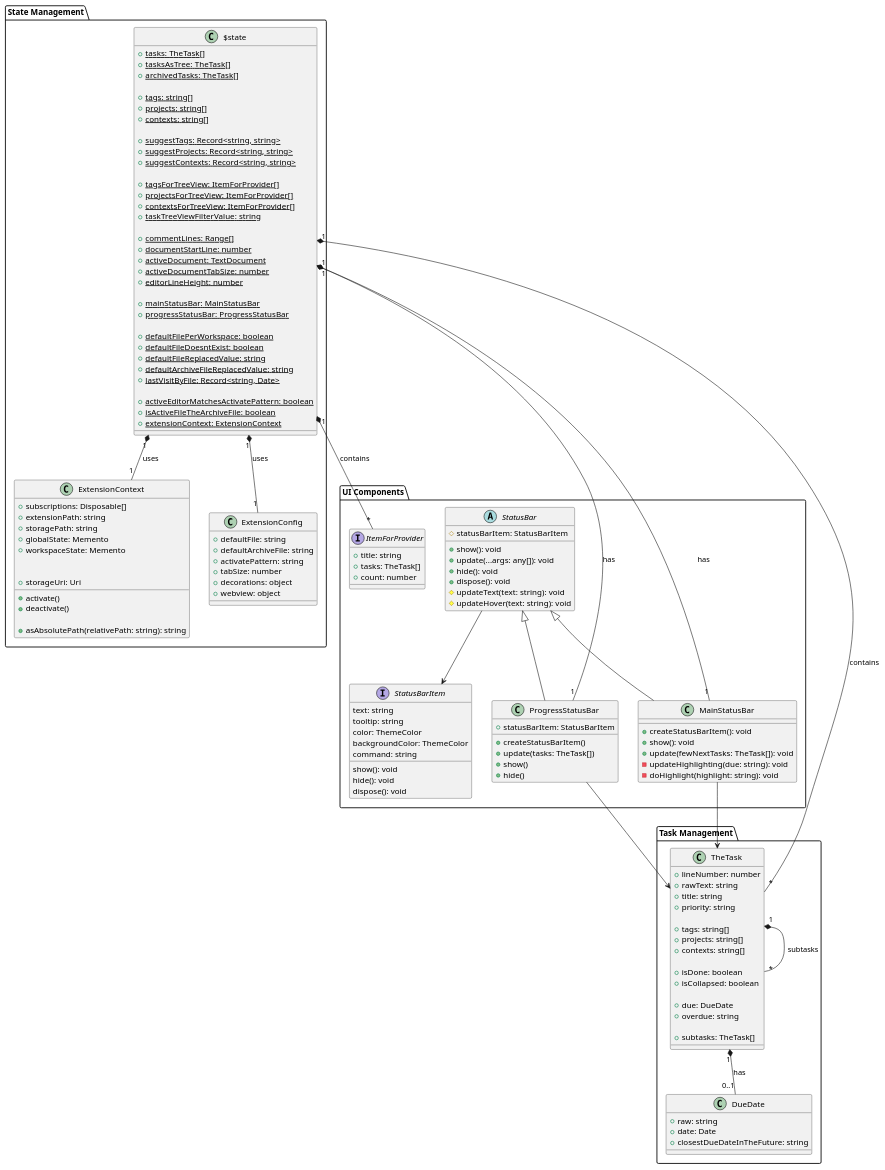
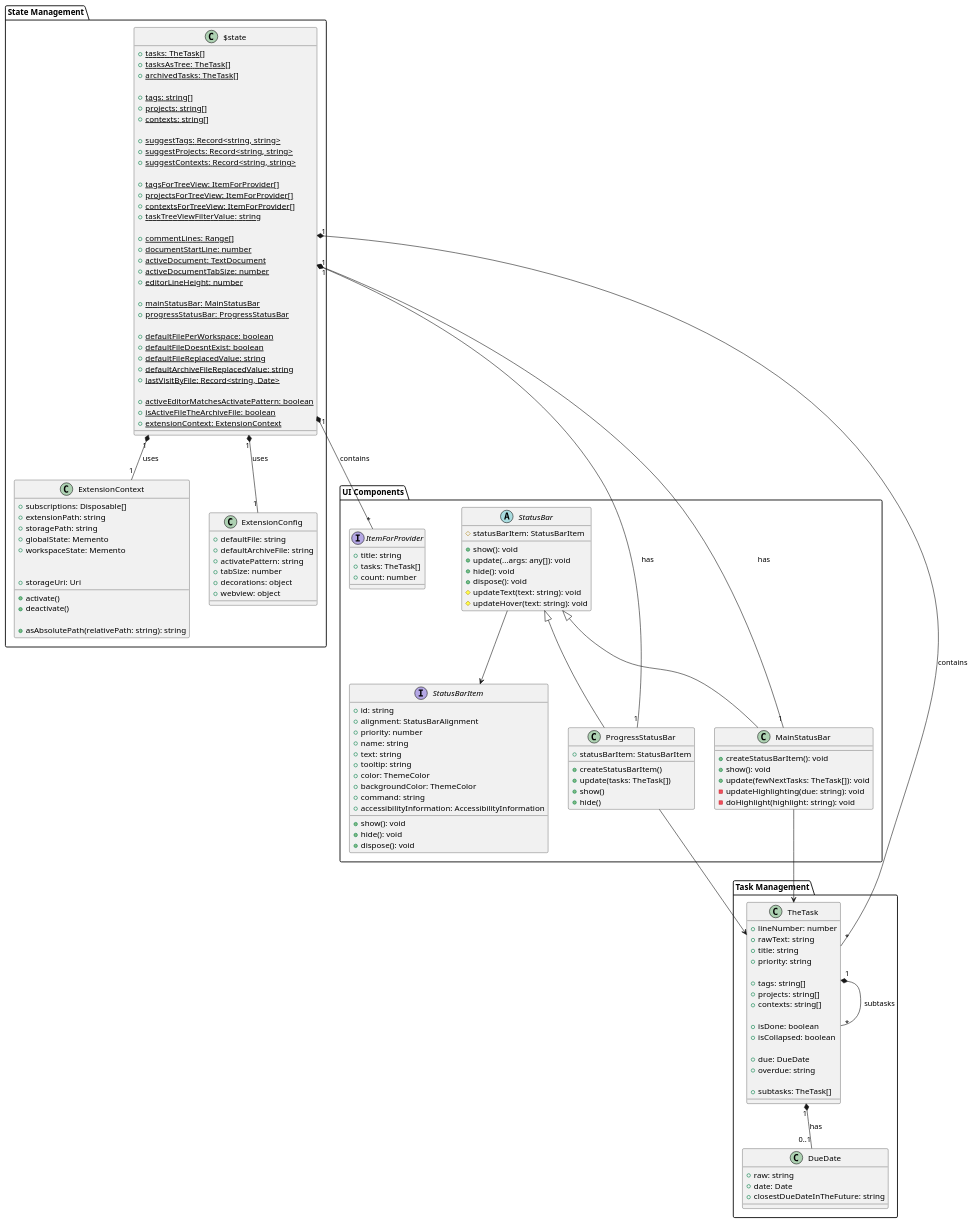
Before and after one commit to NonePro/notecraft: the diagram in docs/class-diagram.puml, drawn with PlantUML. The commit also changed 9 other files, not shown here.

```diff
--- a/docs/class-diagram.puml
+++ b/docs/class-diagram.puml
@@ -1,167 +1,172 @@
 @startuml "NoteCraft Extension Core Components"
 
 package "State Management" {
   class ExtensionContext {
     ' Core extension properties
     +subscriptions: Disposable[]
     +extensionPath: string
     +storagePath: string
     +globalState: Memento
     +workspaceState: Memento
     
     ' Extension lifecycle
     +activate()
     +deactivate()
     
     ' Resource management
     +asAbsolutePath(relativePath: string): string
     +storageUri: Uri
   }
 
   class ExtensionConfig {
     +defaultFile: string
     +defaultArchiveFile: string
     +activatePattern: string
     +tabSize: number
     +decorations: object
     +webview: object
   }
 
   class $state {
     ' Task-related state
     +{static} tasks: TheTask[]
     +{static} tasksAsTree: TheTask[]
     +{static} archivedTasks: TheTask[]
 
     ' Tag and categorization state
     +{static} tags: string[]
     +{static} projects: string[]
     +{static} contexts: string[]
 
     ' Suggestion state
     +{static} suggestTags: Record<string, string>
     +{static} suggestProjects: Record<string, string>
     +{static} suggestContexts: Record<string, string>
 
     ' Tree view state
     +{static} tagsForTreeView: ItemForProvider[]
     +{static} projectsForTreeView: ItemForProvider[]
     +{static} contextsForTreeView: ItemForProvider[]
     +{static} taskTreeViewFilterValue: string
 
     ' Document state
     +{static} commentLines: Range[]
     +{static} documentStartLine: number
     +{static} activeDocument: TextDocument
     +{static} activeDocumentTabSize: number
     +{static} editorLineHeight: number
 
     ' UI Components state
     +{static} mainStatusBar: MainStatusBar
     +{static} progressStatusBar: ProgressStatusBar
 
     ' File management state
     +{static} defaultFilePerWorkspace: boolean
     +{static} defaultFileDoesntExist: boolean
     +{static} defaultFileReplacedValue: string
     +{static} defaultArchiveFileReplacedValue: string
     +{static} lastVisitByFile: Record<string, Date>
 
     ' Application state
     +{static} activeEditorMatchesActivatePattern: boolean
     +{static} isActiveFileTheArchiveFile: boolean
     +{static} extensionContext: ExtensionContext
   }
 }
 
 package "Task Management" {
   class TheTask {
     ' Core properties
     +lineNumber: number
     +rawText: string
     +title: string
     +priority: string
 
     ' Categorization
     +tags: string[]
     +projects: string[]
     +contexts: string[]
 
     ' Task state
     +isDone: boolean
     +isCollapsed: boolean
 
     ' Time management
     +due: DueDate
     +overdue: string
 
     ' Task hierarchy
     +subtasks: TheTask[]
   }
 
   class DueDate {
     +raw: string
     +date: Date
     +closestDueDateInTheFuture: string
   }
 }
 
 package "UI Components" {
   abstract class StatusBar {
     #statusBarItem: StatusBarItem
     +show(): void
     +update(...args: any[]): void
     +hide(): void
     +dispose(): void
     #updateText(text: string): void
     #updateHover(text: string): void
   }
 
   class MainStatusBar extends StatusBar {
     +createStatusBarItem(): void
     +show(): void
     +update(fewNextTasks: TheTask[]): void
     -updateHighlighting(due: string): void
     -doHighlight(highlight: string): void
   }
 
   class ProgressStatusBar extends StatusBar {
     +statusBarItem: StatusBarItem
     +createStatusBarItem()
     +update(tasks: TheTask[])
     +show()
     +hide()
   }
 
   interface ItemForProvider {
     +title: string
     +tasks: TheTask[]
     +count: number
   }
 
   interface StatusBarItem {
-    text: string
-    tooltip: string
-    color: ThemeColor
-    backgroundColor: ThemeColor
-    command: string
-    show(): void
-    hide(): void
-    dispose(): void
+    +id: string
+    +alignment: StatusBarAlignment
+    +priority: number
+    +name: string
+    +text: string
+    +tooltip: string
+    +color: ThemeColor
+    +backgroundColor: ThemeColor
+    +command: string
+    +accessibilityInformation: AccessibilityInformation
+    +show(): void
+    +hide(): void
+    +dispose(): void
   }
 }
 
 ' Relationships
 $state "1" *-- "*" TheTask : contains
 TheTask "1" *-- "*" TheTask : subtasks
 TheTask "1" *-- "0..1" DueDate : has
 $state "1" *-- "1" MainStatusBar : has
 $state "1" *-- "1" ProgressStatusBar : has
 $state "1" *-- "1" ExtensionContext : uses
 $state "1" *-- "*" ItemForProvider : contains
 MainStatusBar --> TheTask
 ProgressStatusBar --> TheTask
 StatusBar --> StatusBarItem
 $state "1" *-- "1" ExtensionConfig : uses
 
 @enduml
```
